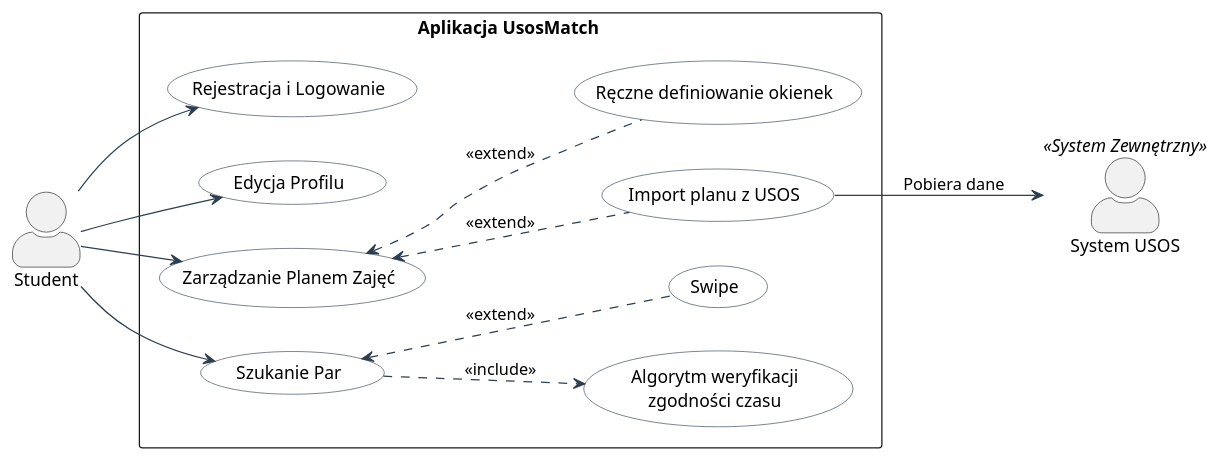
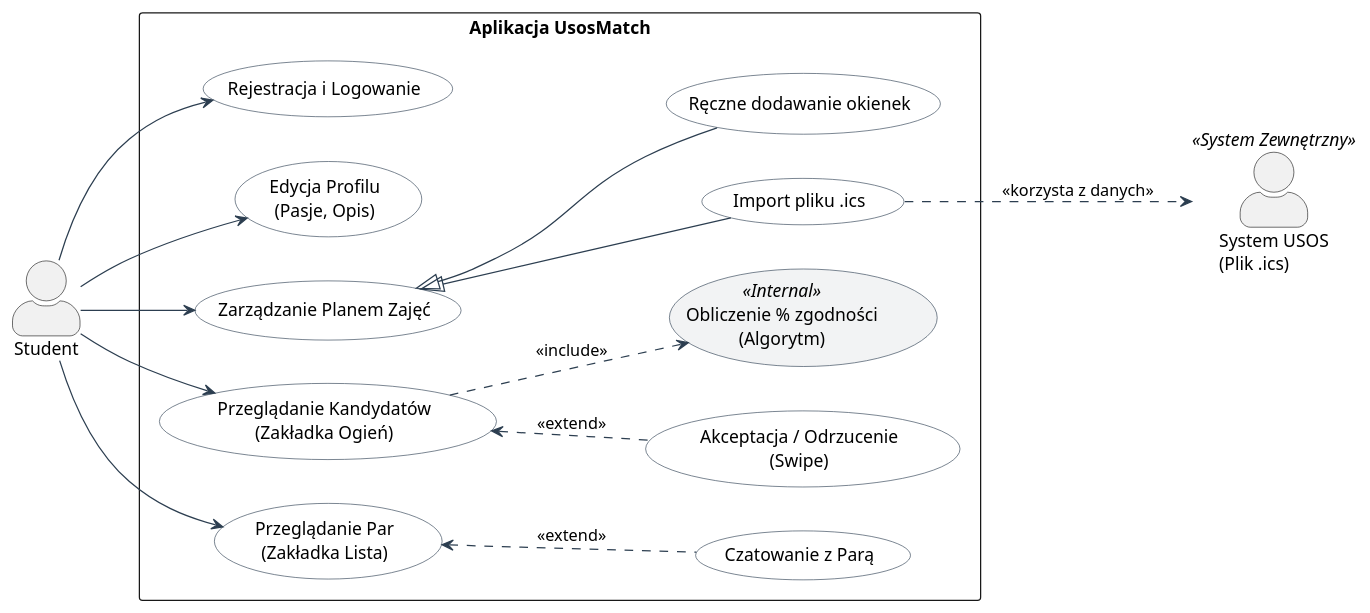
One commit to ceslinka/UsosMatch changed the diagram in Dokumentacja/diagram_przypadkow_uzycia.puml. Above: the diagram before and after it, drawn with PlantUML. The commit also changed 12 other files, not shown here.

Commit message:
Diagramy

```diff
--- a/Dokumentacja/diagram_przypadkow_uzycia.puml
+++ b/Dokumentacja/diagram_przypadkow_uzycia.puml
@@ -1,53 +1,63 @@
 @startuml
 left to right direction
 skinparam packageStyle rectangle
 skinparam actorStyle awesome
+
 skinparam usecase {
     BackgroundColor White
     BorderColor #2C3E50
     ArrowColor #2C3E50
+    BackgroundColor<<Internal>> #F2F3F4
 }
 
 actor "Student" as student
-actor "System USOS" as usos <<System Zewnętrzny>>
+actor "System USOS\n(Plik .ics)" as usos <<System Zewnętrzny>>
 
-package "Aplikacja UsosMatch " {
+package "Aplikacja UsosMatch" {
 
-    
-    'Pola obslugiwane przez aplikacje
+    ' --- KONTO I PROFIL ---
     usecase "Rejestracja i Logowanie" as UC_Login
-    usecase "Edycja Profilu" as UC_Profile
-    
-    
+    usecase "Edycja Profilu\n(Pasje, Opis)" as UC_Profile
+
+    ' --- PLAN ZAJĘĆ (TimeSlotService) ---
     usecase "Zarządzanie Planem Zajęć" as UC_Schedule
-    usecase "Import planu z USOS" as UC_Import
-    usecase "Ręczne definiowanie okienek" as UC_Manual
+    usecase "Import pliku .ics" as UC_Import
+    usecase "Ręczne dodawanie okienek" as UC_Manual
 
-  
-    usecase "Szukanie Par" as UC_Swipe
-    usecase "Algorytm weryfikacji\nzgodności czasu" as UC_CheckTime
-    usecase "Swipe" as UC_Action
+    ' --- MATCHING (MatchingService) ---
+    usecase "Przeglądanie Kandydatów\n(Zakładka Ogień)" as UC_Browse
+    usecase "Akceptacja / Odrzucenie\n(Swipe)" as UC_Decide
+    usecase "Obliczenie % zgodności\n(Algorytm)" as UC_Algo <<Internal>>
+
+    ' --- KOMUNIKACJA (MessageService) ---
+    usecase "Przeglądanie Par\n(Zakładka Lista)" as UC_List
+    usecase "Czatowanie z Parą" as UC_Chat
 
 }
 
-'relacje studenta
+' --- RELACJE STUDENTA ---
 student --> UC_Login
 student --> UC_Profile
 student --> UC_Schedule
-student --> UC_Swipe
+student --> UC_Browse
+student --> UC_List
 
-'Wstepnie dodane dwie wersje zarzadania planem zobaczymy jak wyjdzie z polaczeniem z usosem 
-UC_Schedule <.. UC_Import : <<extend>>
-UC_Schedule <.. UC_Manual : <<extend>>
+' --- RELACJE PLANU ZAJĘĆ ---
+' Student zarządza planem, co MOŻE polegać na imporcie lub ręcznym dodaniu
+UC_Schedule <|-- UC_Import
+UC_Schedule <|-- UC_Manual
+' Import wymaga pliku z USOSa
+UC_Import ..> usos : <<korzysta z danych>>
 
-'Narazie to tu zostawimy 
-UC_Import --> usos : Pobiera dane
+' --- RELACJE MATCHINGU ---
+' Przeglądanie kandydatów ZAWSZE uruchamia algorytm (include)
+UC_Browse ..> UC_Algo : <<include>>
 
-'Sprawdzenie warunku
-UC_Swipe ..> UC_CheckTime : <<include>>
-'Zwrot informacji 
-UC_Swipe <.. UC_Action : <<extend>>
+' Decyzja (Swipe) jest rozszerzeniem przeglądania (robisz to podczas przeglądania)
+UC_Browse <.. UC_Decide : <<extend>>
 
-
+' --- RELACJE CZATU ---
+' Czatowanie jest możliwe tylko z poziomu listy par
+UC_List <.. UC_Chat : <<extend>>
 
 @enduml
```
